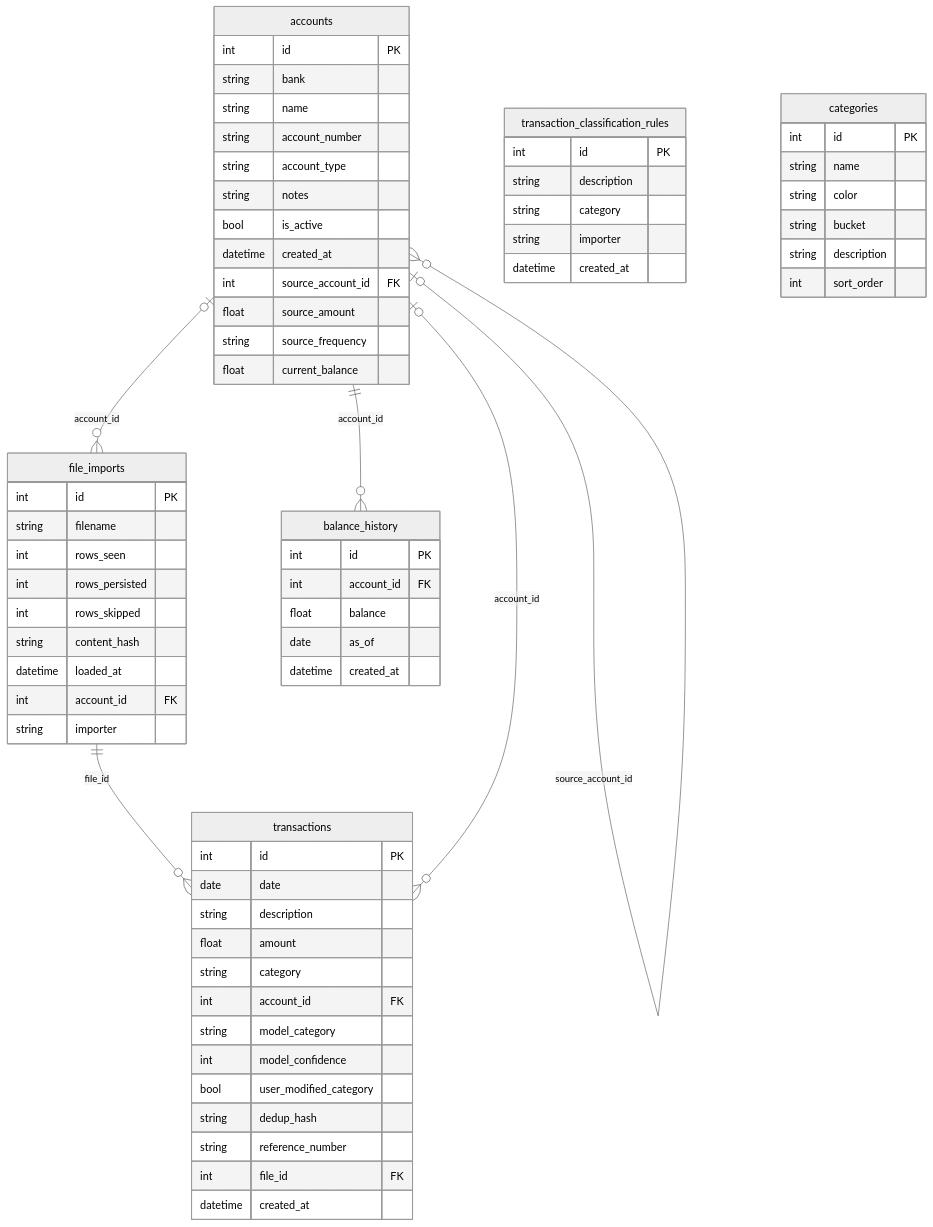
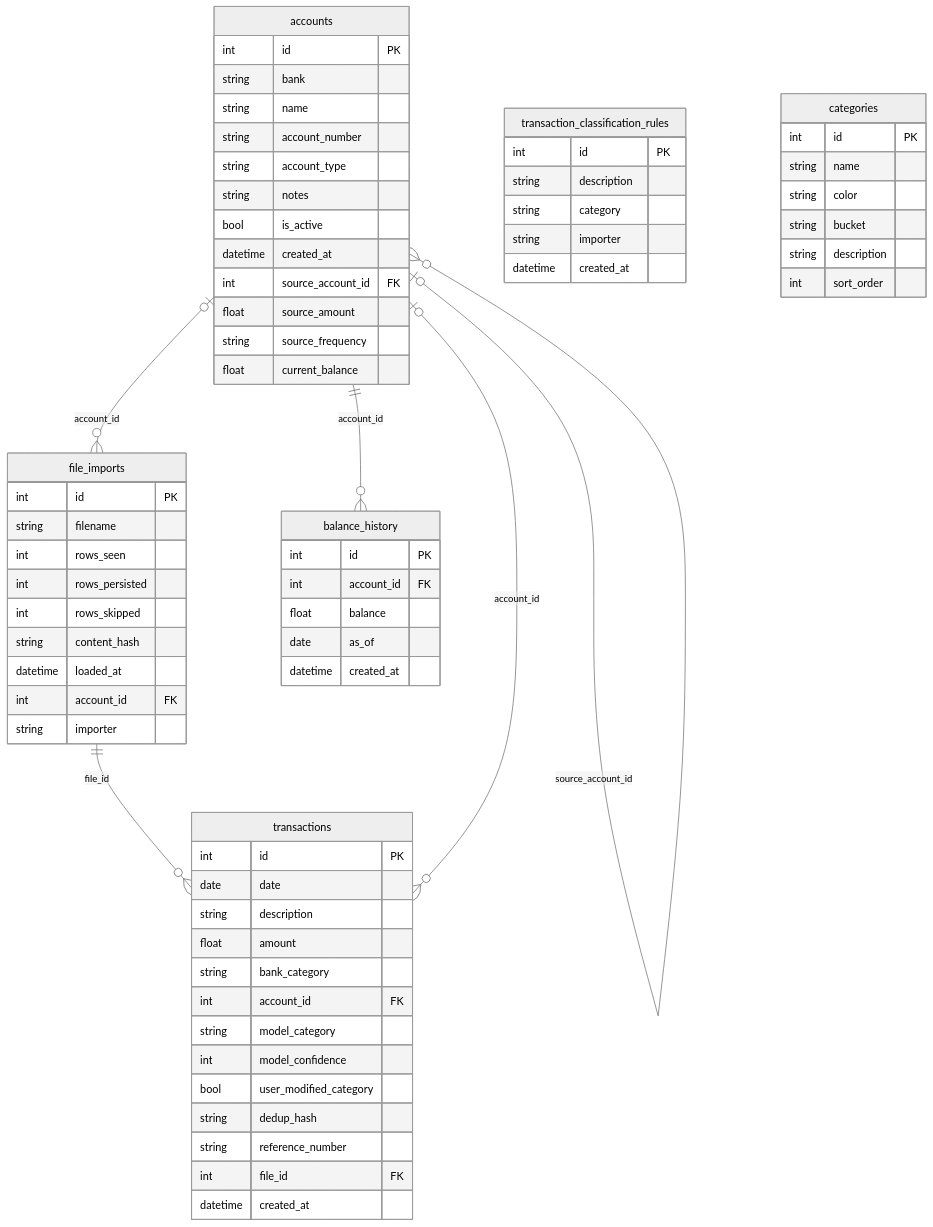
One commit to ag-sd/faresight changed the diagram in README.md. Above: the diagram before and after it, drawn with Mermaid (neutral theme). The commit also changed other lines of this file and 29 other files, not shown here.

````diff
--- a/README.md
+++ b/README.md
@@ -207,76 +207,76 @@
 ```mermaid
 erDiagram
     file_imports {
         int      id           PK
         string   filename
         int      rows_seen
         int      rows_persisted
         int      rows_skipped
         string   content_hash
         datetime loaded_at
         int      account_id   FK
         string   importer
     }
 
     accounts {
         int      id                 PK
         string   bank
         string   name
         string   account_number
         string   account_type
         string   notes
         bool     is_active
         datetime created_at
         int      source_account_id FK
         float    source_amount
         string   source_frequency
         float    current_balance
     }
 
     transactions {
         int      id                    PK
         date     date
         string   description
         float    amount
-        string   category
+        string   bank_category
         int      account_id            FK
         string   model_category
         int      model_confidence
         bool     user_modified_category
         string   dedup_hash
         string   reference_number
         int      file_id               FK
         datetime created_at
     }
 
     transaction_classification_rules {
         int      id          PK
         string   description
         string   category
         string   importer
         datetime created_at
     }
 
     categories {
         int      id          PK
         string   name
         string   color
         string   bucket
         string   description
         int      sort_order
     }
 
     balance_history {
         int      id         PK
         int      account_id FK
         float    balance
         date     as_of
         datetime created_at
     }
 
     file_imports  ||--o{ transactions : "file_id"
     accounts      |o--o{ transactions : "account_id"
     accounts      |o--o{ accounts     : "source_account_id"
     accounts      |o--o{ file_imports : "account_id"
     accounts      ||--o{ balance_history : "account_id"
 ```
````
